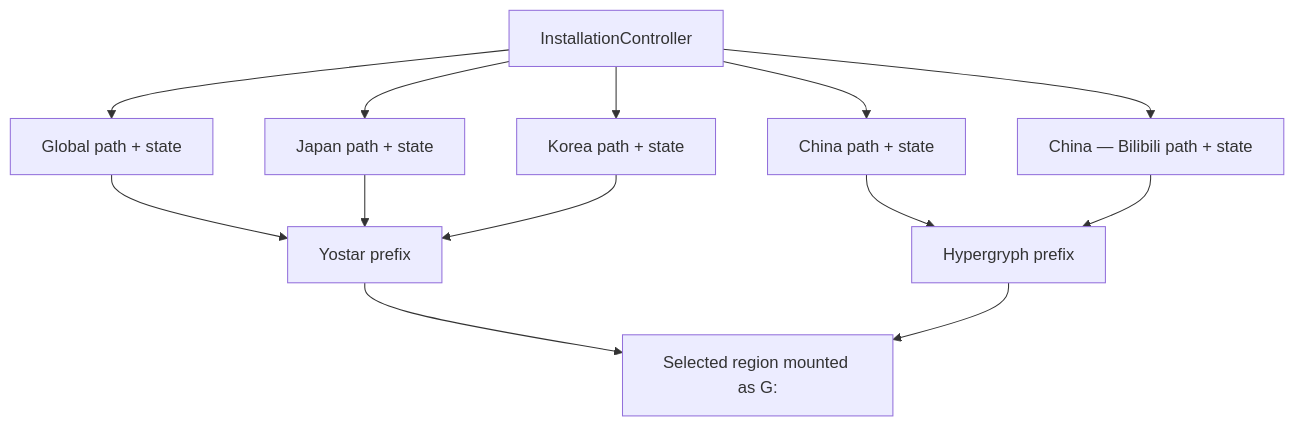
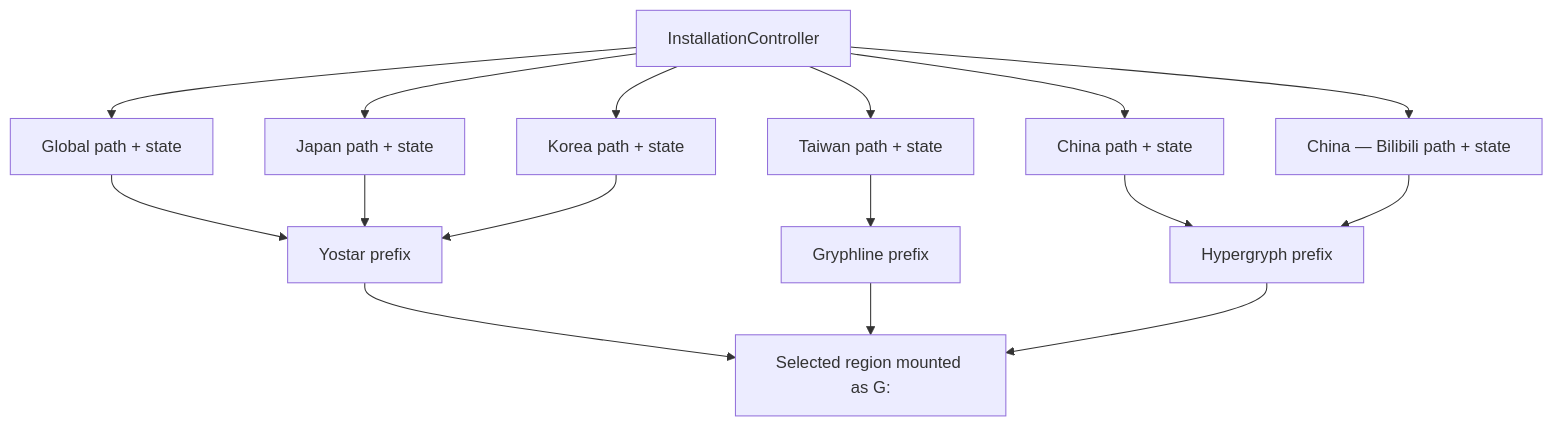
One commit to LuMiSxh/Arknights-MacOS-Client changed the third of 3 diagrams in docs/development/architecture/installation.md. Above: the diagram before and after it, drawn with Mermaid. The commit also changed other lines of this file and 74 other files, not shown here.

````diff
--- a/docs/development/architecture/installation.md
+++ b/docs/development/architecture/installation.md
@@ -138,16 +146,19 @@
 ```mermaid
 flowchart TB
 	Controller[InstallationController]
 	Controller --> Global[Global path + state]
 	Controller --> Japan[Japan path + state]
 	Controller --> Korea[Korea path + state]
+	Controller --> Taiwan[Taiwan path + state]
 	Controller --> China[China path + state]
 	Controller --> Bilibili[China — Bilibili path + state]
 	Global --> YostarPrefix[Yostar prefix]
 	Japan --> YostarPrefix
 	Korea --> YostarPrefix
+	Taiwan --> GryphlinePrefix[Gryphline prefix]
 	China --> HypergryphPrefix[Hypergryph prefix]
 	Bilibili --> HypergryphPrefix
 	YostarPrefix --> Active[Selected region mounted as G:]
+	GryphlinePrefix --> Active
 	HypergryphPrefix --> Active
 ```
````
